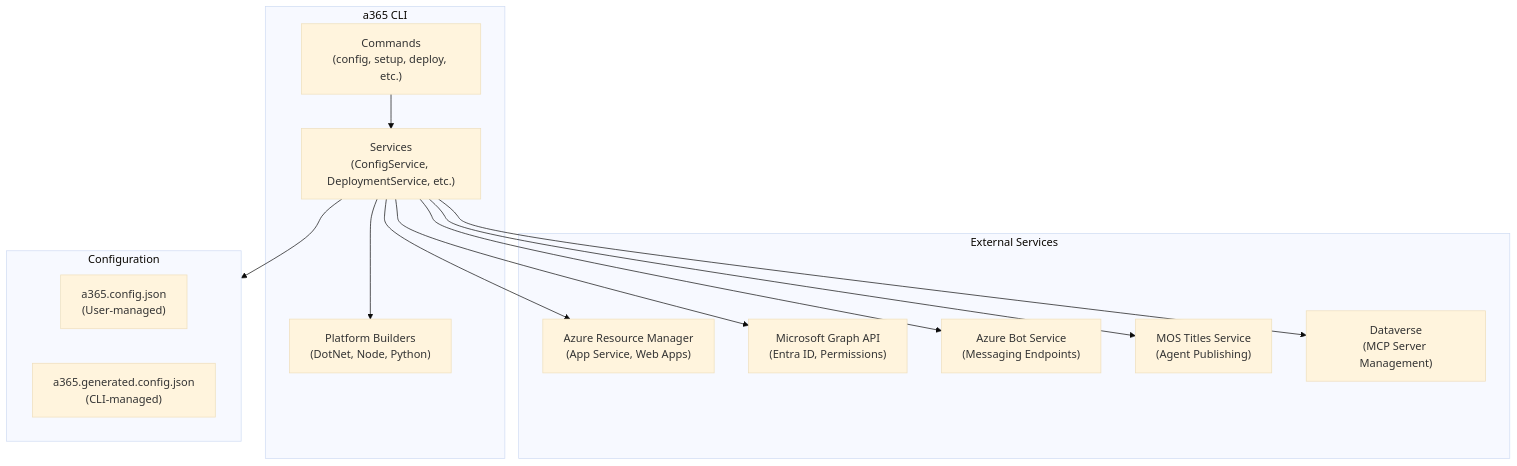
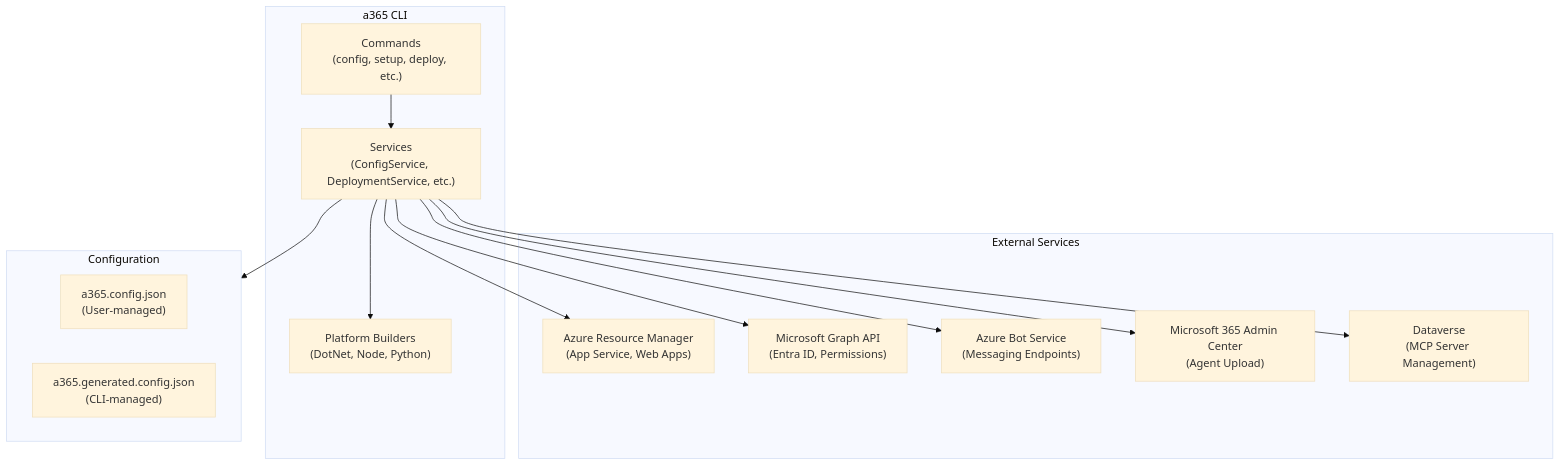
Before and after one commit to DheerajPannala/Agent365-devTools: the diagram in docs/design.md, drawn with Mermaid (base theme). The commit also changed 15 other files, not shown here.

````diff
--- a/docs/design.md
+++ b/docs/design.md
@@ -42,30 +42,30 @@
 ```mermaid
 flowchart TB
     subgraph CLI["a365 CLI"]
         Commands["Commands<br/>(config, setup, deploy, etc.)"]
         Services["Services<br/>(ConfigService, DeploymentService, etc.)"]
         Builders["Platform Builders<br/>(DotNet, Node, Python)"]
     end
 
     subgraph External["External Services"]
         Azure["Azure Resource Manager<br/>(App Service, Web Apps)"]
         Graph["Microsoft Graph API<br/>(Entra ID, Permissions)"]
         Bot["Azure Bot Service<br/>(Messaging Endpoints)"]
-        MOS["MOS Titles Service<br/>(Agent Publishing)"]
+        M365["Microsoft 365 Admin Center<br/>(Agent Upload)"]
         Dataverse["Dataverse<br/>(MCP Server Management)"]
     end
 
     subgraph Config["Configuration"]
         StaticConfig["a365.config.json<br/>(User-managed)"]
         DynamicConfig["a365.generated.config.json<br/>(CLI-managed)"]
     end
 
     Commands --> Services
     Services --> Builders
     Services --> Azure
     Services --> Graph
     Services --> Bot
-    Services --> MOS
+    Services --> M365
     Services --> Dataverse
     Services --> Config
 ```
````
